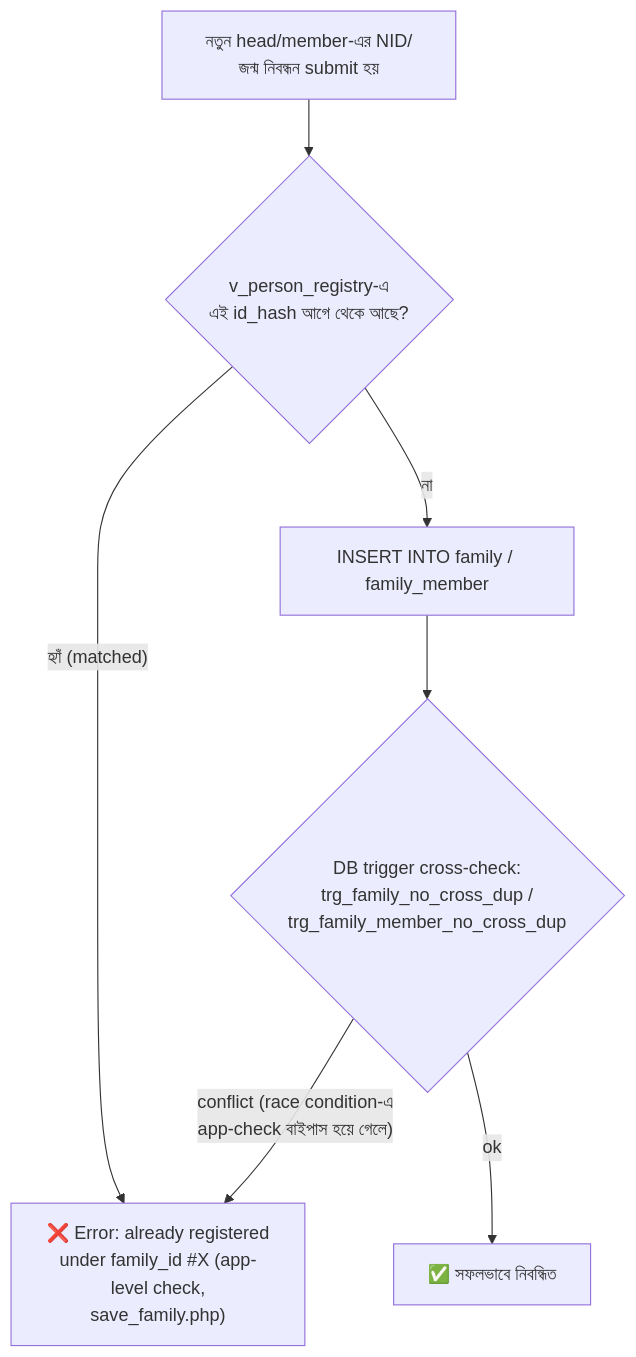
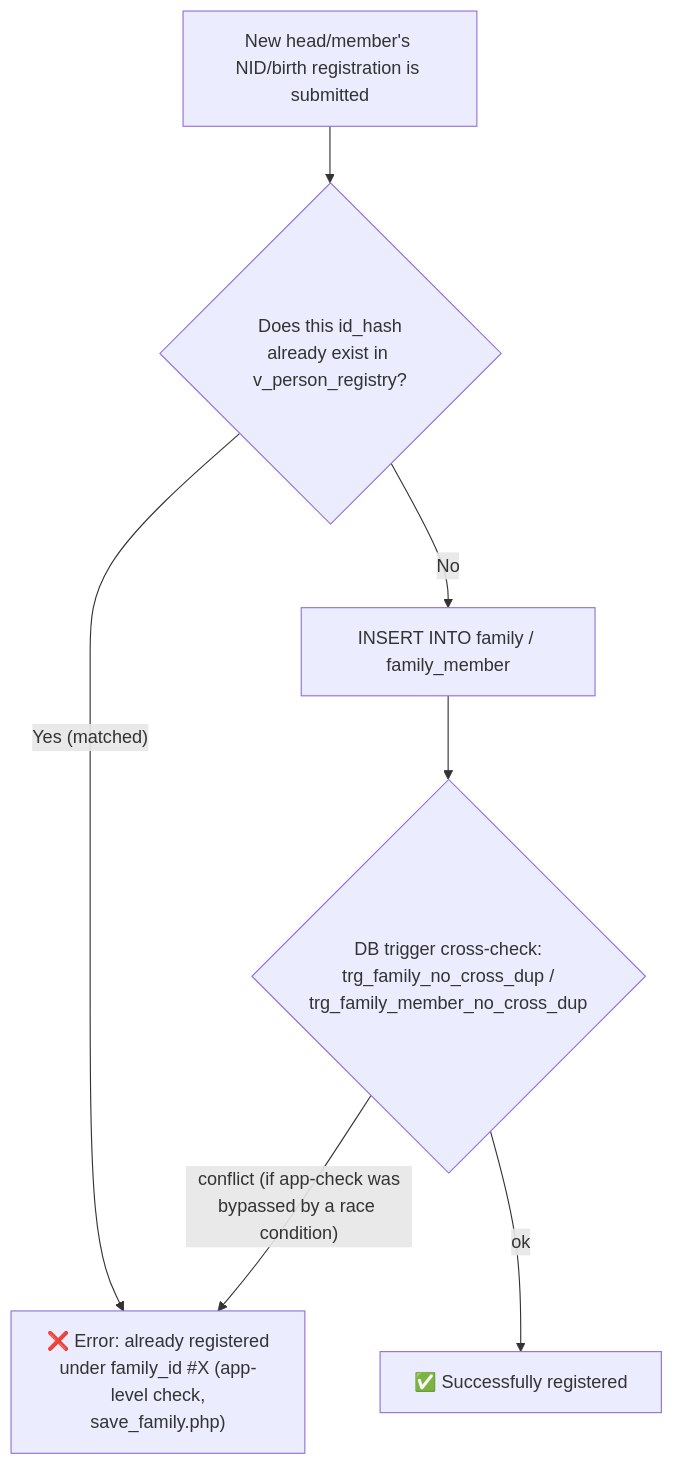
One commit to gulamsakaria/relief-system changed the second of 3 diagrams in README.md. Above: the diagram before and after it, drawn with Mermaid. The commit also changed other lines of this file, not shown here.

````diff
--- a/README.md
+++ b/README.md
@@ -278,9 +279,9 @@
 ```mermaid
 flowchart TD
-    A["নতুন head/member-এর NID/জন্ম নিবন্ধন submit হয়"] --> B{"v_person_registry-এ\nএই id_hash আগে থেকে আছে?"}
-    B -- "হ্যাঁ (matched)" --> C["❌ Error: already registered\nunder family_id #X (app-level check,\nsave_family.php)"]
-    B -- "না" --> D["INSERT INTO family / family_member"]
+    A["New head/member's NID/birth registration is submitted"] --> B{"Does this id_hash\nalready exist in v_person_registry?"}
+    B -- "Yes (matched)" --> C["❌ Error: already registered\nunder family_id #X (app-level check,\nsave_family.php)"]
+    B -- "No" --> D["INSERT INTO family / family_member"]
     D --> E{"DB trigger cross-check:\ntrg_family_no_cross_dup /\ntrg_family_member_no_cross_dup"}
-    E -- "conflict (race condition-এ\napp-check বাইপাস হয়ে গেলে)" --> C
-    E -- "ok" --> F["✅ সফলভাবে নিবন্ধিত"]
+    E -- "conflict (if app-check was\nbypassed by a race condition)" --> C
+    E -- "ok" --> F["✅ Successfully registered"]
 ```
````
